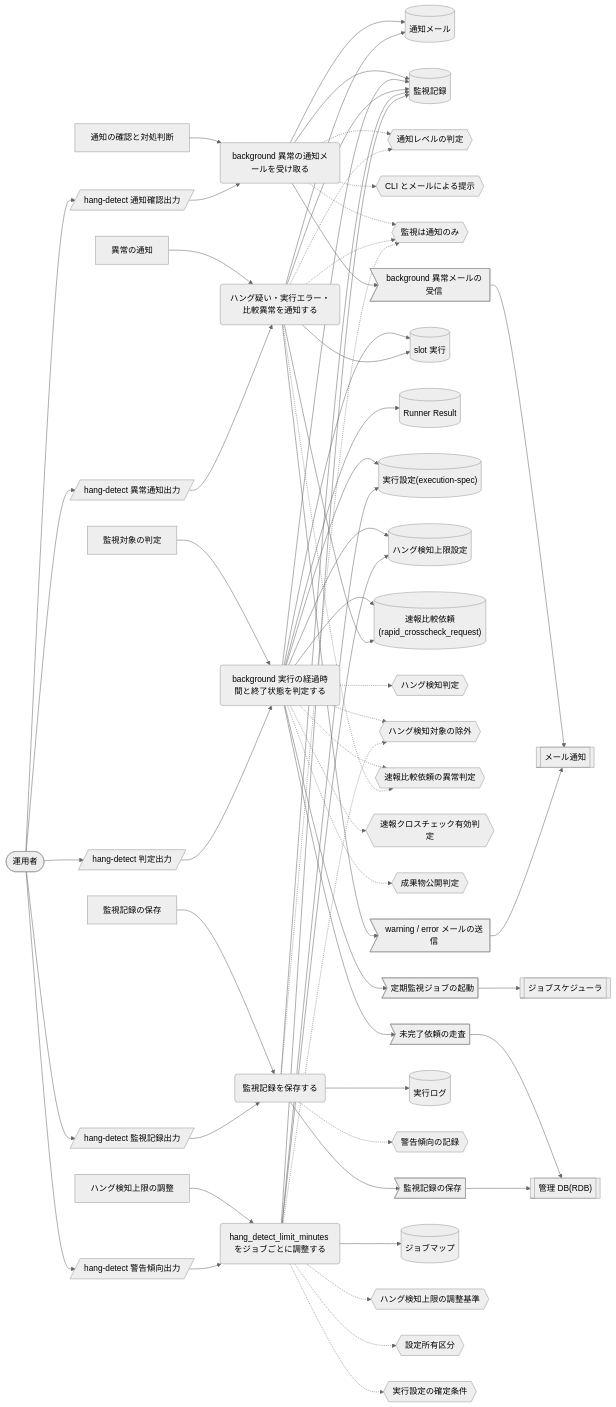
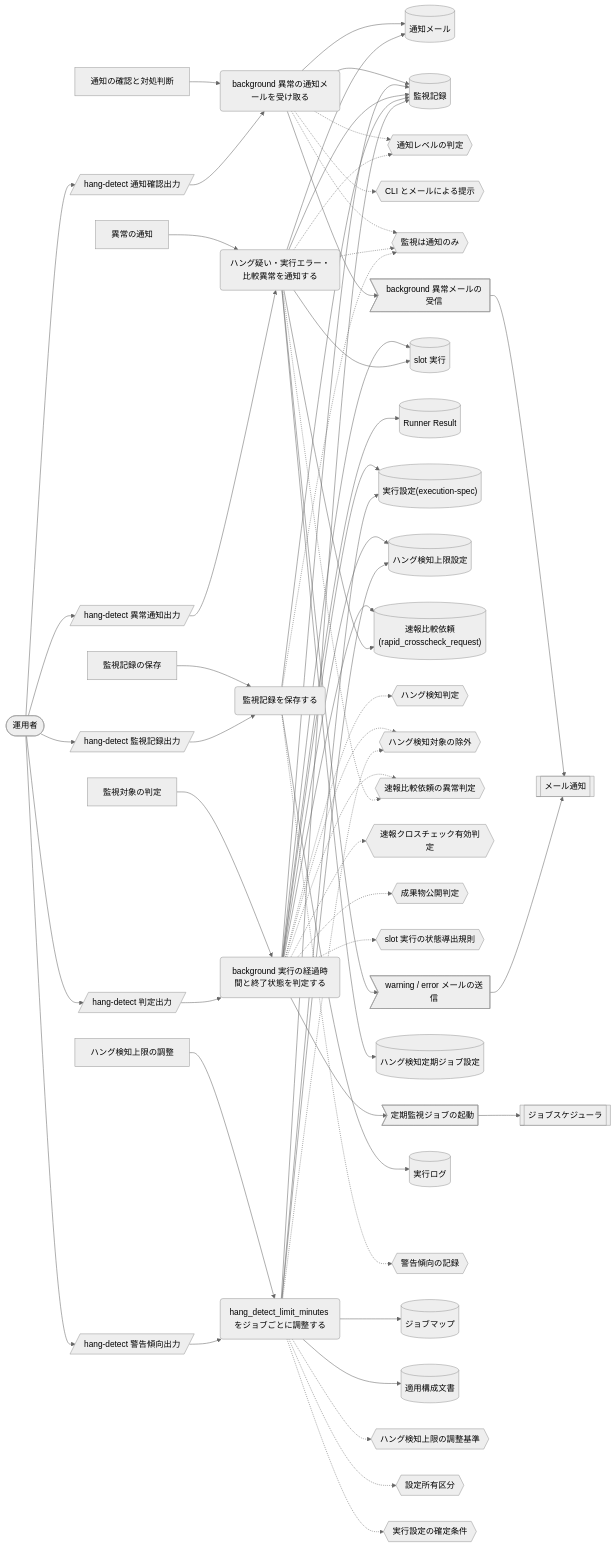
One commit to suwa-sh/relay-gate changed the fourth of 7 diagrams in docs/rdra/latest/views/04_UC複合図.md. Above: the diagram before and after it, drawn with Mermaid (neutral theme). The commit also changed other lines of this file and 849 other files, not shown here.

````diff
--- a/docs/rdra/latest/views/04_UC複合図.md
+++ b/docs/rdra/latest/views/04_UC複合図.md
@@ -446,27 +430,27 @@
   CD6{{"速報比較依頼の異常判定"}}
   CD7{{"速報クロスチェック有効判定"}}
   CD8{{"成果物公開判定"}}
+  CD9{{"slot 実行の状態導出規則"}}
   SC2[/"hang-detect 判定出力"/]
   EV2>"定期監視ジョブの起動"]
   EX2[["ジョブスケジューラ"]]
-  EV3>"未完了依頼の走査"]
-  EX3[["管理 DB(RDB)"]]
   UC3("ハング疑い・実行エラー・比較異常を通知する")
   AT3["異常の通知"]
+  IF8[("ハング検知定期ジョブ設定")]
   SC3[/"hang-detect 異常通知出力"/]
-  EV4>"warning / error メールの送信"]
+  EV3>"warning / error メールの送信"]
   UC4("監視記録を保存する")
   AT4["監視記録の保存"]
-  IF8[("実行ログ")]
-  CD9{{"警告傾向の記録"}}
+  IF9[("実行ログ")]
+  CD10{{"警告傾向の記録"}}
   SC4[/"hang-detect 監視記録出力"/]
-  EV5>"監視記録の保存"]
   UC5("hang_detect_limit_minutes をジョブごとに調整する")
   AT5["ハング検知上限の調整"]
-  IF9[("ジョブマップ")]
-  CD10{{"ハング検知上限の調整基準"}}
-  CD11{{"設定所有区分"}}
-  CD12{{"実行設定の確定条件"}}
+  IF10[("ジョブマップ")]
+  IF11[("適用構成文書")]
+  CD11{{"ハング検知上限の調整基準"}}
+  CD12{{"設定所有区分"}}
+  CD13{{"実行設定の確定条件"}}
   SC5[/"hang-detect 警告傾向出力"/]
   AT1 --> UC1
   UC1 --> IF1
@@ -490,42 +474,41 @@
   UC2 -.-> CD6
   UC2 -.-> CD7
   UC2 -.-> CD8
+  UC2 -.-> CD9
   AC1 --> SC2
   SC2 --> UC2
   UC2 --> EV2
   EV2 --> EX2
-  UC2 --> EV3
-  EV3 --> EX3
   AT3 --> UC3
   UC3 --> IF2
   UC3 --> IF1
   UC3 --> IF3
   UC3 --> IF7
+  UC3 --> IF8
   UC3 -.-> CD1
   UC3 -.-> CD6
   UC3 -.-> CD3
   AC1 --> SC3
   SC3 --> UC3
-  UC3 --> EV4
-  EV4 --> EX1
+  UC3 --> EV3
+  EV3 --> EX1
   AT4 --> UC4
   UC4 --> IF2
-  UC4 --> IF8
-  UC4 -.-> CD9
+  UC4 --> IF9
+  UC4 -.-> CD10
   UC4 -.-> CD3
   AC1 --> SC4
   SC4 --> UC4
-  UC4 --> EV5
-  EV5 --> EX3
   AT5 --> UC5
   UC5 --> IF2
   UC5 --> IF6
-  UC5 --> IF9
+  UC5 --> IF10
   UC5 --> IF5
-  UC5 -.-> CD10
+  UC5 --> IF11
+  UC5 -.-> CD11
   UC5 -.-> CD5
-  UC5 -.-> CD11
   UC5 -.-> CD12
+  UC5 -.-> CD13
   AC1 --> SC5
   SC5 --> UC5
 ```
````
